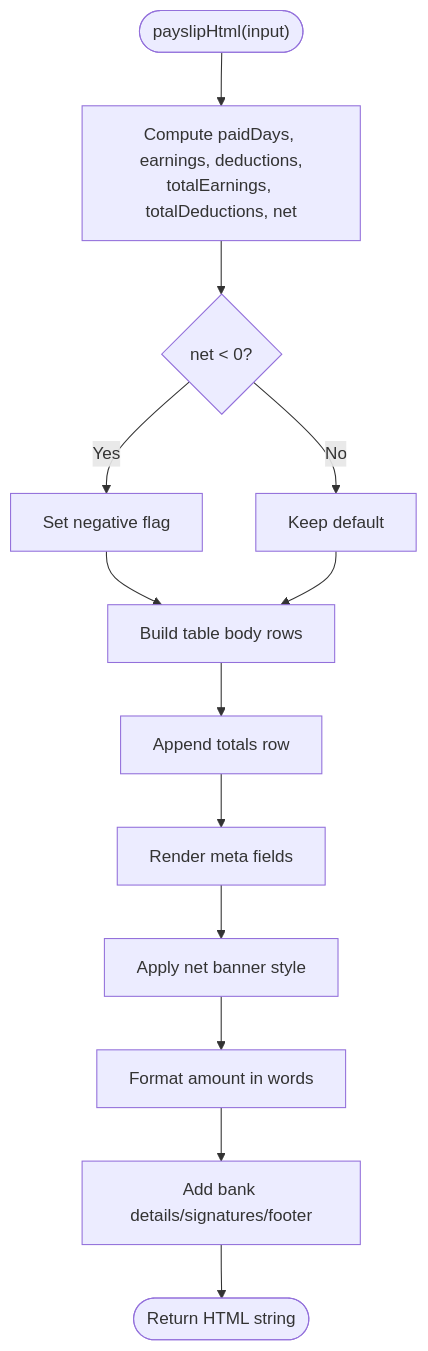
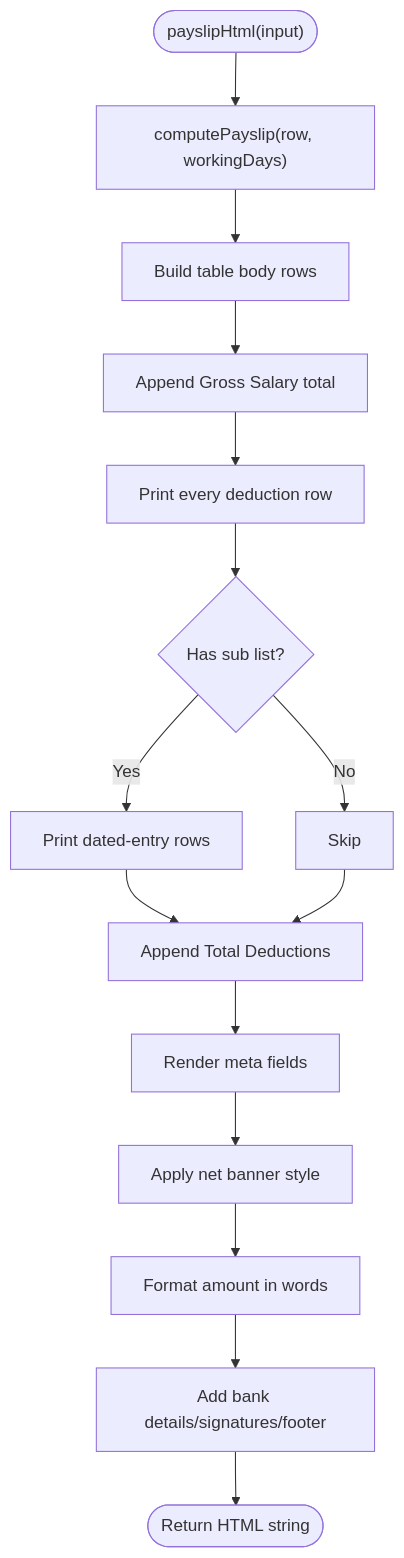
Before and after one commit to MdodoIng/salery-slip-generater: the third of 8 diagrams in .qoder/repowiki/en/content/Core Modules/Payslip Template Engine.md, drawn with Mermaid. The commit also changed other lines of this file and 22 other files, not shown here.

First line of the commit message:
feat(payslip): centralize computation and add dated advance breakdowns

````diff
--- a/.qoder/repowiki/en/content/Core Modules/Payslip Template Engine.md
+++ b/.qoder/repowiki/en/content/Core Modules/Payslip Template Engine.md
@@ -123,15 +131,17 @@
 ```mermaid
 flowchart TD
-Start(["payslipHtml(input)"]) --> Compute["Compute paidDays, earnings, deductions,<br/>totalEarnings, totalDeductions, net"]
-Compute --> Negative{"net < 0?"}
-Negative --> |Yes| SetNeg["Set negative flag"]
-Negative --> |No| SkipNeg["Keep default"]
-SetNeg --> BuildBody["Build table body rows"]
-SkipNeg --> BuildBody
-BuildBody --> AddTotals["Append totals row"]
-AddTotals --> BuildMeta["Render meta fields"]
+Start(["payslipHtml(input)"]) --> Compute["computePayslip(row, workingDays)"]
+Compute --> BuildBody["Build table body rows"]
+BuildBody --> AddGross["Append Gross Salary total"]
+AddGross --> PrintDeductions["Print every deduction row"]
+PrintDeductions --> SubList{"Has sub list?"}
+SubList --> |Yes| DatedEntries["Print dated-entry rows"]
+SubList --> |No| SkipSub["Skip"]
+DatedEntries --> AddTotalDed["Append Total Deductions"]
+SkipSub --> AddTotalDed
+AddTotalDed --> BuildMeta["Render meta fields"]
 BuildMeta --> StyleNet["Apply net banner style"]
 StyleNet --> Words["Format amount in words"]
 Words --> OptionalSections["Add bank details/signatures/footer"]
 OptionalSections --> Return(["Return HTML string"])
 ```
````
